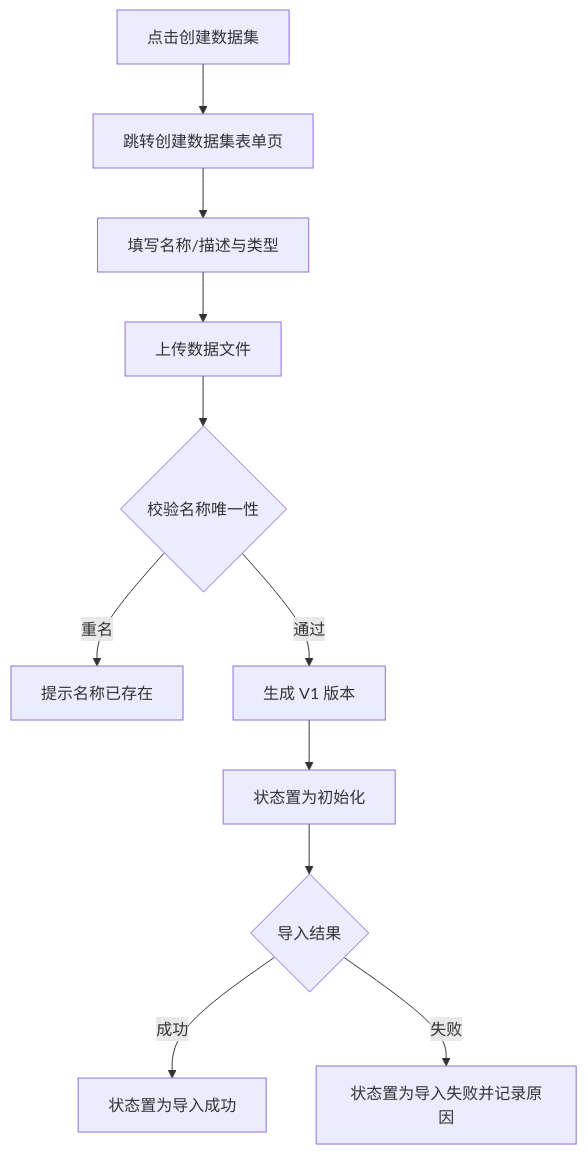
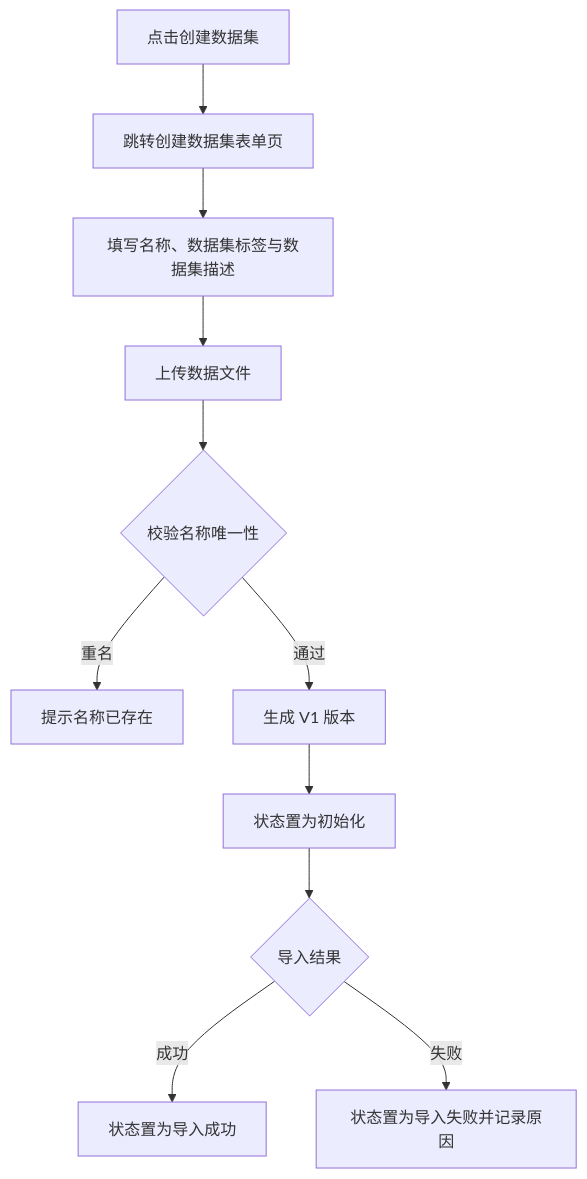
The second of 4 diagrams in src/pages/算力加速平台/数据管理/数据集管理/prd.md (MeehanCole/prototype-platform), drawn with Mermaid before and after one commit. The commit also changed other lines of this file and 42 other files, not shown here.

````diff
--- a/src/pages/算力加速平台/数据管理/数据集管理/prd.md
+++ b/src/pages/算力加速平台/数据管理/数据集管理/prd.md
@@ -257,13 +258,13 @@
 ```mermaid
 flowchart TD
   A[点击创建数据集] --> P[跳转创建数据集表单页]
-  P --> B[填写名称/描述与类型]
+  P --> B[填写名称、数据集标签与数据集描述]
   B --> C[上传数据文件]
   C --> D{校验名称唯一性}
   D -- 重名 --> E[提示名称已存在]
   D -- 通过 --> F[生成 V1 版本]
   F --> G[状态置为初始化]
   G --> H{导入结果}
   H -- 成功 --> I[状态置为导入成功]
   H -- 失败 --> J[状态置为导入失败并记录原因]
 ```
````
